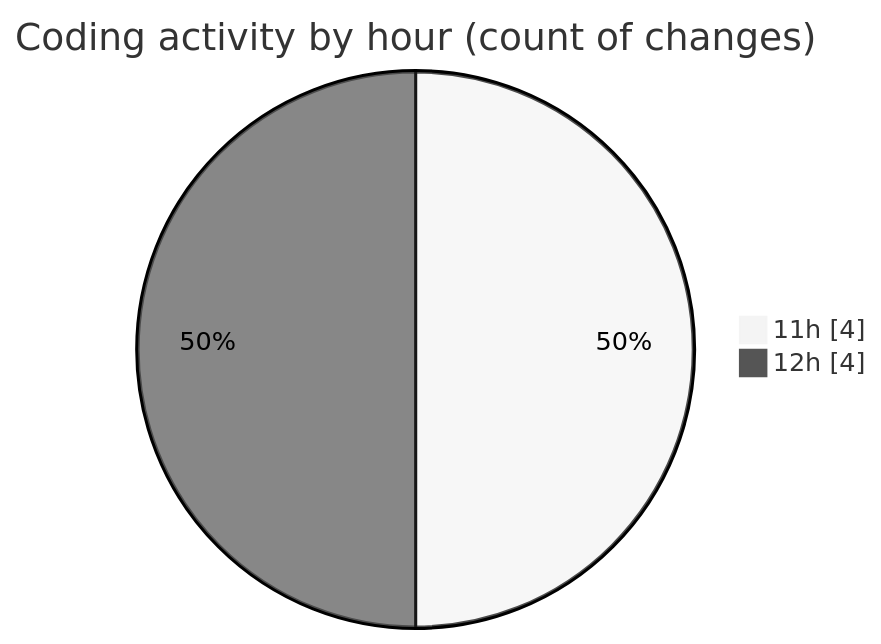
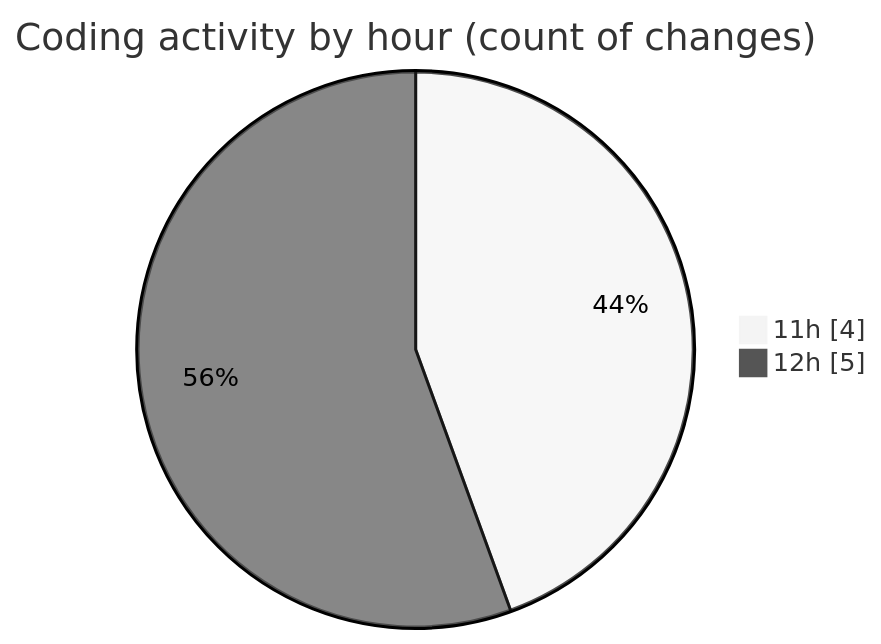
One commit to seballot/code-tracking changed the second of 2 diagrams in 2025-06-18/app__container_registration-app__calm-app__/README.md. Above: the diagram before and after it, drawn with Mermaid (neutral theme). The commit also changed other lines of this file and 1 other file, not shown here.

````diff
--- a/2025-06-18/app__container_registration-app__calm-app__/README.md
+++ b/2025-06-18/app__container_registration-app__calm-app__/README.md
@@ -28,6 +28,6 @@
 ```mermaid
 pie showData
 title Coding activity by hour (count of changes)
 "11h" : 4
-"12h" : 4
+"12h" : 5
 ```
````
